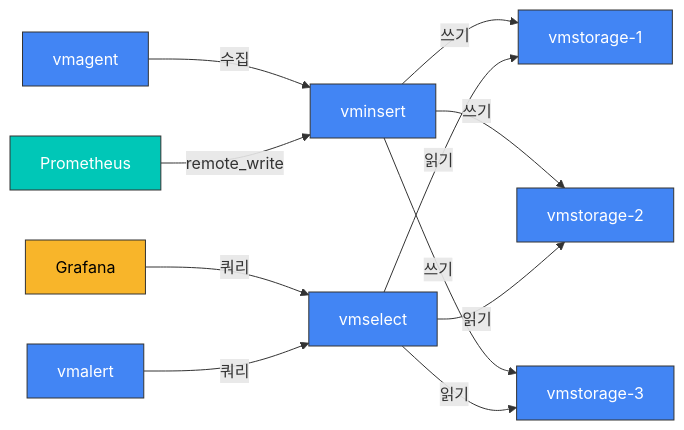
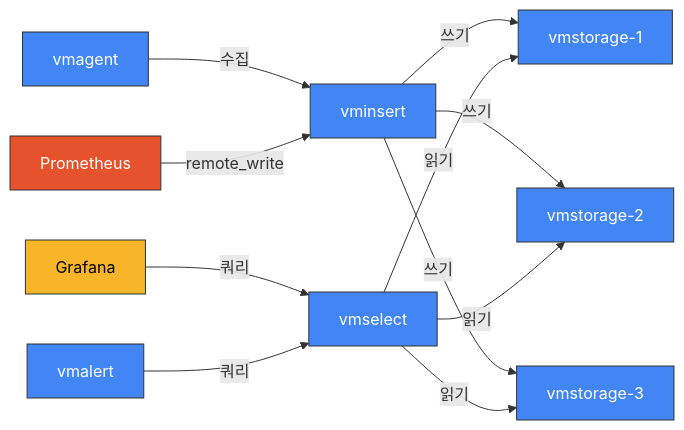
One commit to Atom-oh/kubernetes-docs changed the second of 4 diagrams in tools/07-monitoring-stack.md. Above: the diagram before and after it, drawn with Mermaid. The commit also changed other lines of this file, not shown here.

Commit message:
Improve monitoring stack diagrams with standardized styling

````diff
--- a/tools/07-monitoring-stack.md
+++ b/tools/07-monitoring-stack.md
@@ -298,35 +298,35 @@
 ```mermaid
 flowchart LR
     %% 노드 정의
     A[vmagent]
     B[vminsert]
     C[Prometheus]
     D[vmstorage-1]
     E[vmstorage-2]
     F[vmstorage-3]
     G[vmselect]
     H[Grafana]
     I[vmalert]
     
     %% 연결 정의
     A -->|수집| B
     C -->|remote_write| B
     B -->|쓰기| D
     B -->|쓰기| E
     B -->|쓰기| F
     G -->|읽기| D
     G -->|읽기| E
     G -->|읽기| F
     H -->|쿼리| G
     I -->|쿼리| G
     
     %% 스타일 적용
-    classDef victoriaComponent fill:#4285F4,stroke:#333,stroke-width:1px,color:white
-    classDef dataSource fill:#00C7B7,stroke:#333,stroke-width:1px,color:white
-    classDef client fill:#F8B52A,stroke:#333,stroke-width:1px,color:black
+    classDef victoriaMetrics fill:#4285F4,stroke:#333,stroke-width:1px,color:white
+    classDef prometheusComponent fill:#E6522C,stroke:#333,stroke-width:1px,color:white
+    classDef grafana fill:#F8B52A,stroke:#333,stroke-width:1px,color:black
     
     %% 클래스 적용
-    class A,B,D,E,F,G,I victoriaComponent
-    class C dataSource
-    class H client
+    class A,B,D,E,F,G,I victoriaMetrics
+    class C prometheusComponent
+    class H grafana
 ```
````
